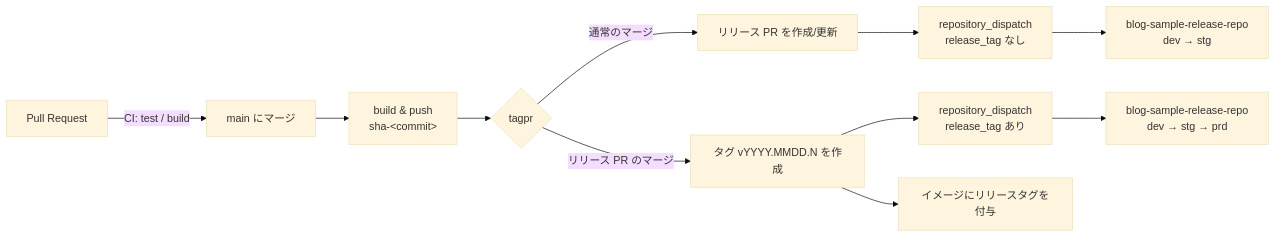
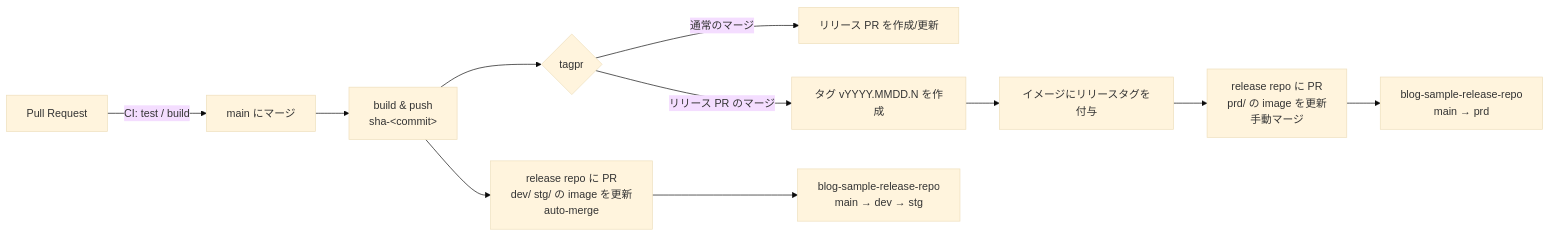
Before and after one commit to gainings/blog-sample-app-repo1: the diagram in README.md, drawn with Mermaid (base theme). The commit also changed other lines of this file and 1 other file, not shown here.

First line of the commit message:
Open PRs against the release repo instead of repository_dispatch

````diff
--- a/README.md
+++ b/README.md
@@ -11,13 +11,13 @@
 ```mermaid
 flowchart LR
     PR[Pull Request] -->|CI: test / build| Merge[main にマージ]
     Merge --> Build[build & push<br/>sha-&lt;commit&gt;]
     Build --> Tagpr{tagpr}
     Tagpr -->|通常のマージ| RelPR[リリース PR を作成/更新]
     Tagpr -->|リリース PR のマージ| Tag[タグ vYYYY.MMDD.N を作成]
-    RelPR --> Dispatch[repository_dispatch<br/>release_tag なし]
-    Tag --> Dispatch2[repository_dispatch<br/>release_tag あり]
+    Build --> PR1[release repo に PR<br/>dev/ stg/ の image を更新<br/>auto-merge]
     Tag --> Retag[イメージにリリースタグを付与]
-    Dispatch --> Rel[blog-sample-release-repo<br/>dev → stg]
-    Dispatch2 --> Rel2[blog-sample-release-repo<br/>dev → stg → prd]
+    Retag --> PR2[release repo に PR<br/>prd/ の image を更新<br/>手動マージ]
+    PR1 --> Rel[blog-sample-release-repo<br/>main → dev → stg]
+    PR2 --> Rel2[blog-sample-release-repo<br/>main → prd]
 ```
````
